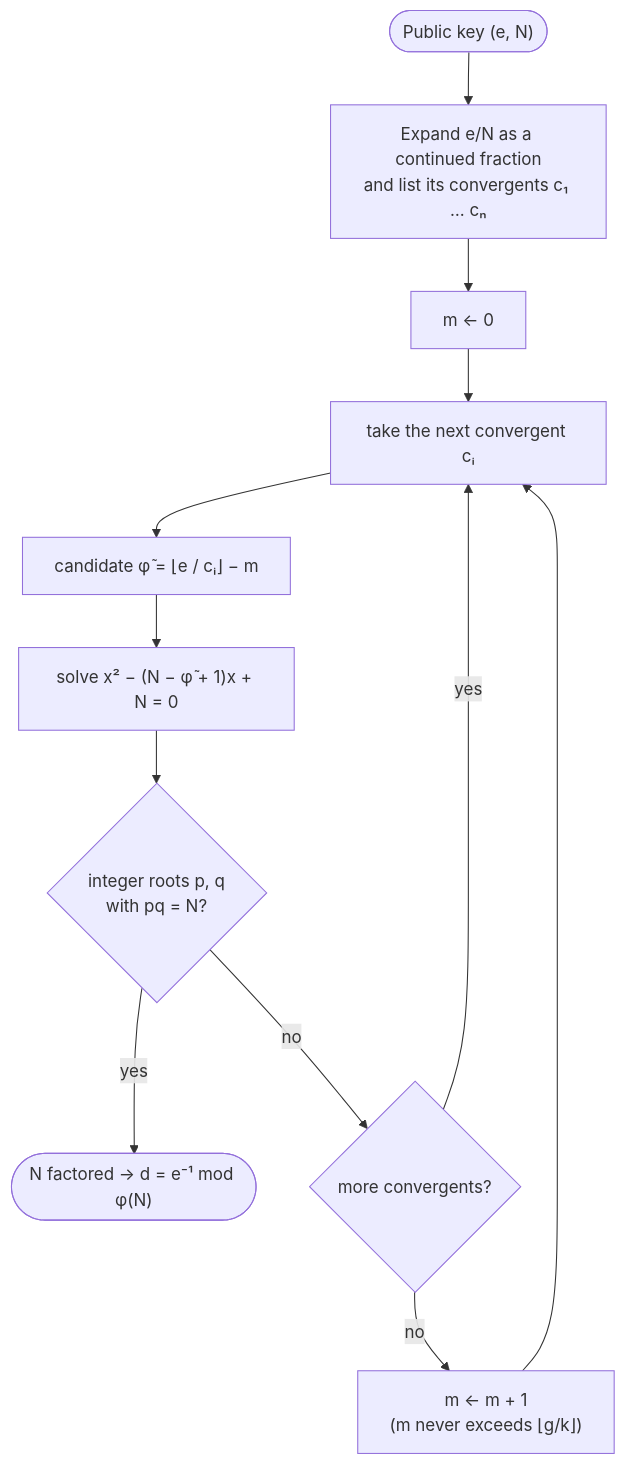
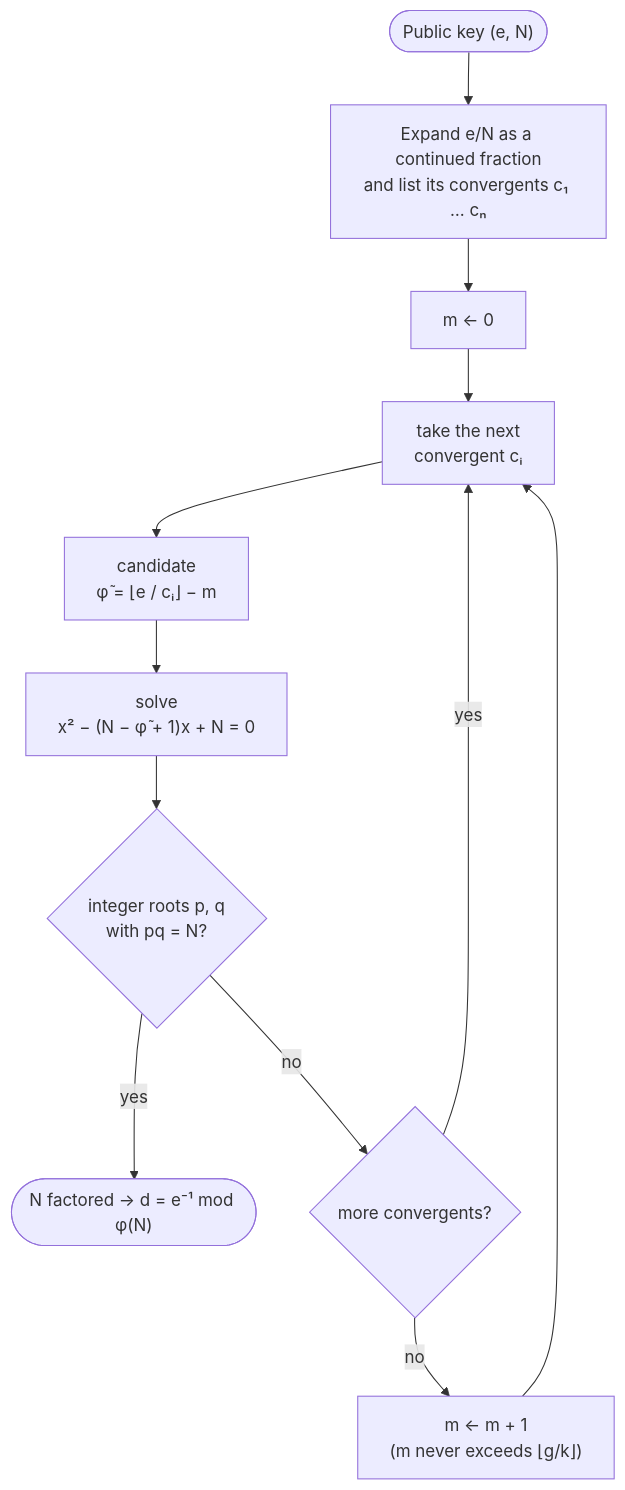
One commit to matteogiorgi/wiener changed the third of 3 diagrams in README.md. Above: the diagram before and after it, drawn with Mermaid. The commit also changed other lines of this file, not shown here.

Commit message:
Fix formatting Mermaid diagrams

````diff
--- a/README.md
+++ b/README.md
@@ -192,14 +192,14 @@
 ```mermaid
 flowchart TD
     S(["Public key (e, N)"]) --> CF["Expand e/N as a continued fraction<br/>and list its convergents c₁ … cₙ"]
     CF --> M["m <- 0"]
-    M --> I["take the next convergent cᵢ"]
-    I --> PHI["candidate φ̃ = ⌊e / cᵢ⌋ − m"]
-    PHI --> Q["solve x² − (N − φ̃ + 1)x + N = 0"]
+    M --> I["take the next<br/>convergent cᵢ"]
+    I --> PHI["candidate<br/>φ̃ = ⌊e / cᵢ⌋ − m"]
+    PHI --> Q["solve<br/>x² − (N − φ̃ + 1)x + N = 0"]
     Q --> T{"integer roots p, q<br/>with pq = N?"}
     T -- yes --> OK(["N factored -> d = e⁻¹ mod φ(N)"])
     T -- no --> MORE{"more convergents?"}
     MORE -- yes --> I
     MORE -- no --> INC["m <- m + 1<br/>(m never exceeds ⌊g/k⌋)"]
     INC --> I
 ```
````
